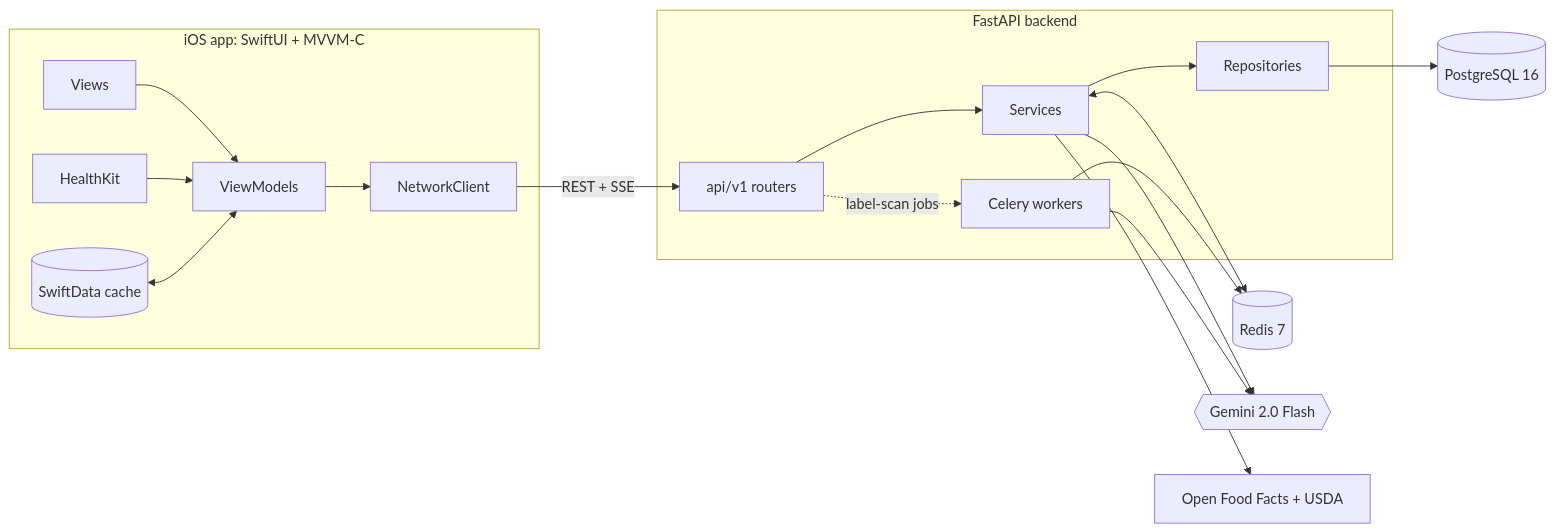
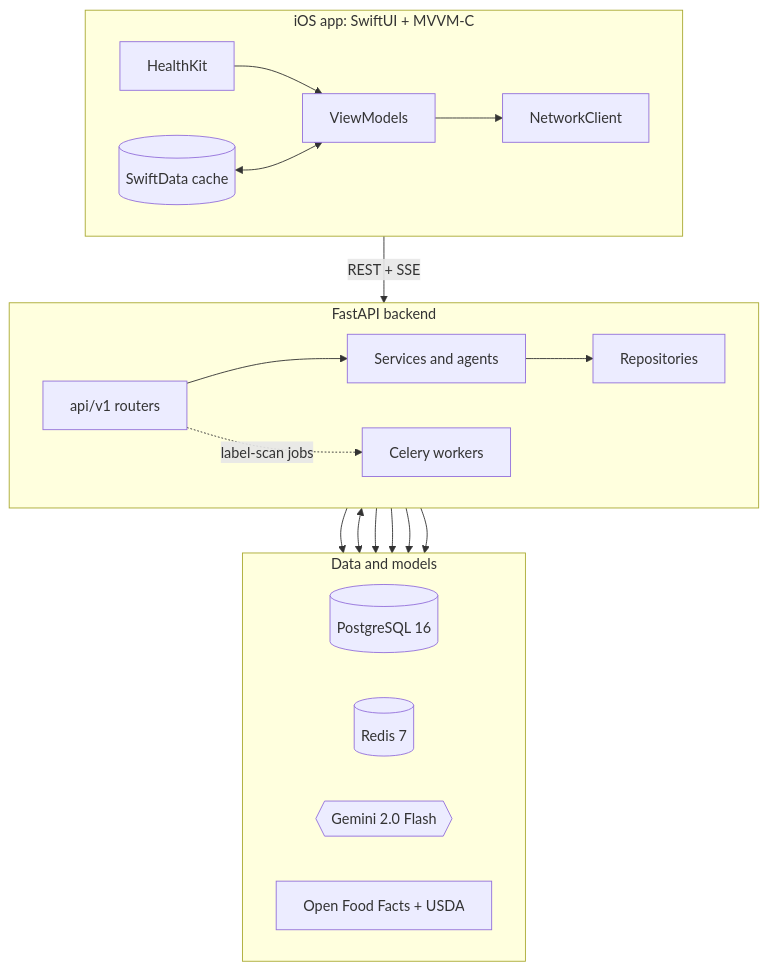
The diagram in README.md (AdityaSidham/FitandFine), drawn with Mermaid before and after one commit.

Commit message:
Lay out the architecture diagram top to bottom so it reads at README width

````diff
--- a/README.md
+++ b/README.md
@@ -92,20 +92,28 @@
 ```mermaid
-flowchart LR
+flowchart TB
     subgraph iOS["iOS app: SwiftUI + MVVM-C"]
-        V[Views] --> VM[ViewModels] --> NC[NetworkClient]
-        HK[HealthKit] --> VM
+        direction LR
+        HK[HealthKit] --> VM[ViewModels]
         SD[(SwiftData cache)] <--> VM
+        VM --> NC[NetworkClient]
     end
-    NC -- "REST + SSE" --> API
     subgraph BE["FastAPI backend"]
-        API[api/v1 routers] --> SVC[Services]
-        SVC --> REPO[Repositories]
-        API -. "label-scan jobs" .-> CEL[Celery workers]
+        direction LR
+        API[api/v1 routers] --> SVC[Services and agents] --> REPO[Repositories]
+        API -. label-scan jobs .-> CEL[Celery workers]
     end
-    REPO --> PG[(PostgreSQL 16)]
-    SVC <--> RD[(Redis 7)]
+    subgraph DATA["Data and models"]
+        direction LR
+        PG[(PostgreSQL 16)]
+        RD[(Redis 7)]
+        GEM{{Gemini 2.0 Flash}}
+        EXT[Open Food Facts + USDA]
+    end
+    NC -- REST + SSE --> API
+    REPO --> PG
+    SVC <--> RD
     CEL --> RD
-    SVC --> GEM{{Gemini 2.0 Flash}}
+    SVC --> GEM
     CEL --> GEM
-    SVC --> EXT[Open Food Facts + USDA]
+    SVC --> EXT
 ```
````
